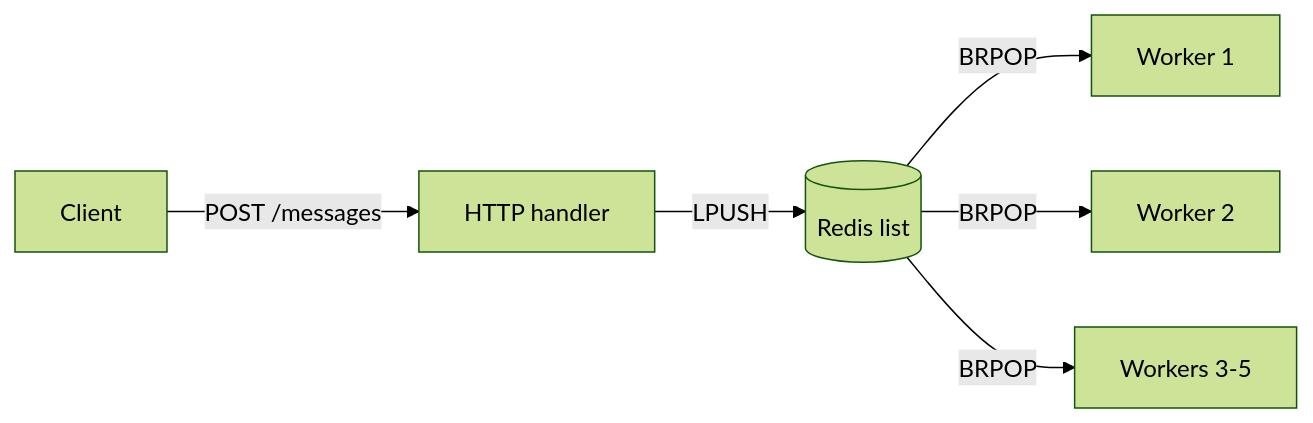
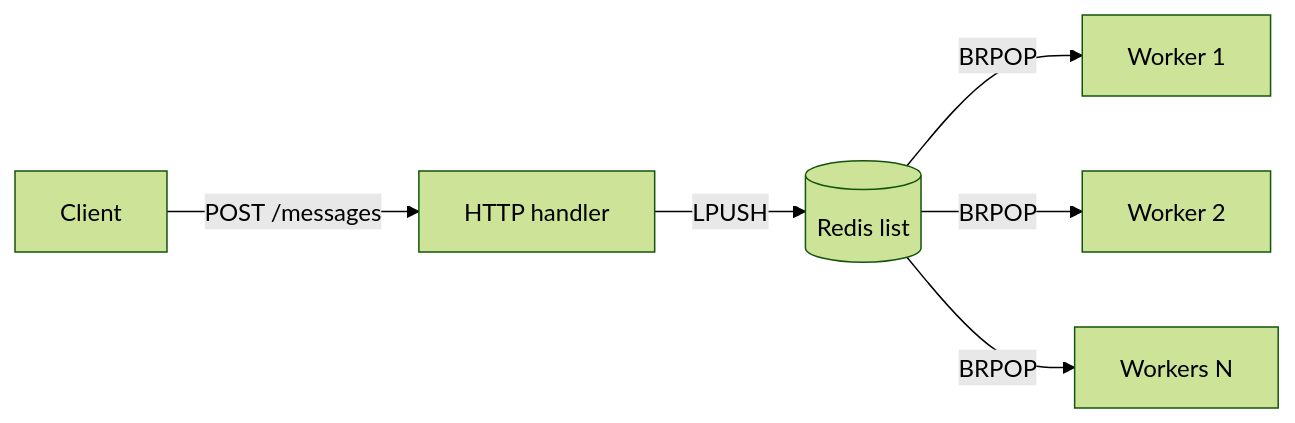
The diagram in README.md (aashutosh-yadav/message-queue), drawn with Mermaid (forest theme) before and after one commit.

Commit message:
small change

````diff
--- a/README.md
+++ b/README.md
@@ -7,8 +7,8 @@
 ```mermaid
 flowchart LR
     C[Client] -->|POST /messages| H[HTTP handler]
     H -->|LPUSH| R[(Redis list)]
     R -->|BRPOP| W1[Worker 1]
     R -->|BRPOP| W2[Worker 2]
-    R -->|BRPOP| W3[Workers 3-5]
+    R -->|BRPOP| W3[Workers N]
 ```
````
